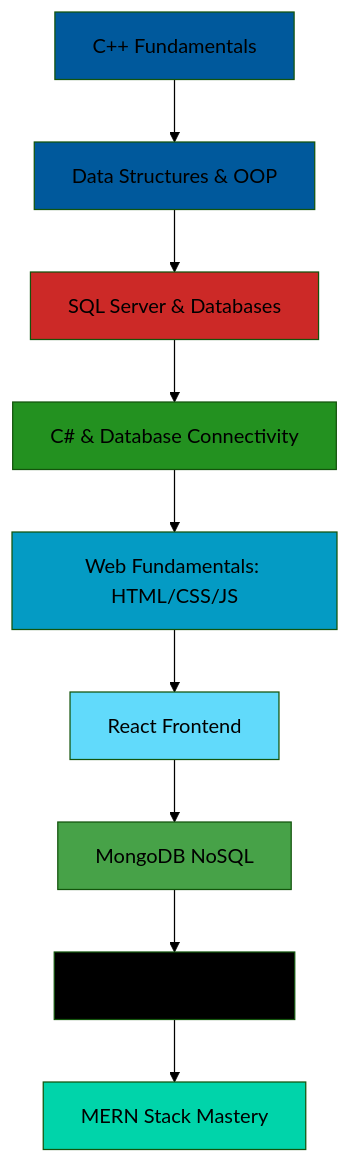
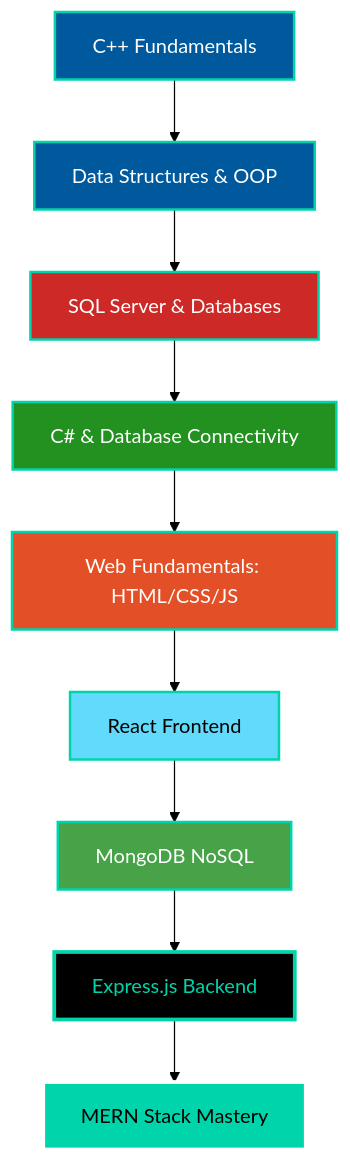
The diagram in README.md (YeahiaNurulAmin/YeahiaNurulAmin), drawn with Mermaid (forest theme) before and after one commit. The commit also changed other lines of this file, not shown here.

````diff
--- a/README.md
+++ b/README.md
@@ -128,21 +128,21 @@
 ```mermaid
 graph TD
     A[C++ Fundamentals] --> B[Data Structures & OOP]
     B --> C[SQL Server & Databases]
     C --> D[C# & Database Connectivity]
     D --> E[Web Fundamentals: HTML/CSS/JS]
     E --> F[React Frontend]
     F --> G[MongoDB NoSQL]
     G --> H[Express.js Backend]
     H --> I[MERN Stack Mastery]
     
-    style A fill:#00599C
-    style B fill:#00599C
-    style C fill:#CC2927
-    style D fill:#239120
-    style E fill:#049bc4
-    style F fill:#61DAFB
-    style G fill:#47A248
-    style H fill:#000000
-    style I fill:#00d4aa
+    style A fill:#00599C,stroke:#00d4aa,stroke-width:2px,color:#fff
+    style B fill:#00599C,stroke:#00d4aa,stroke-width:2px,color:#fff
+    style C fill:#CC2927,stroke:#00d4aa,stroke-width:2px,color:#fff
+    style D fill:#239120,stroke:#00d4aa,stroke-width:2px,color:#fff
+    style E fill:#E34F26,stroke:#00d4aa,stroke-width:2px,color:#fff
+    style F fill:#61DAFB,stroke:#00d4aa,stroke-width:2px,color:#000
+    style G fill:#47A248,stroke:#00d4aa,stroke-width:2px,color:#fff
+    style H fill:#000000,stroke:#00d4aa,stroke-width:3px,color:#00d4aa
+    style I fill:#00d4aa,stroke:#fff,stroke-width:3px,color:#000
 ```
````
